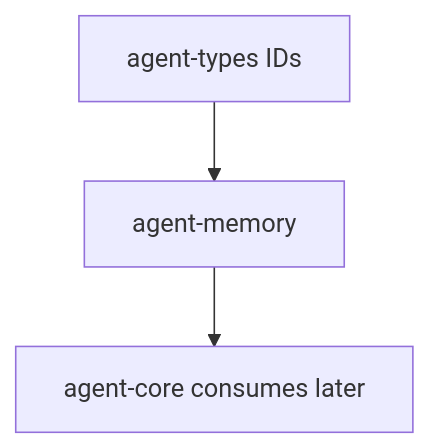
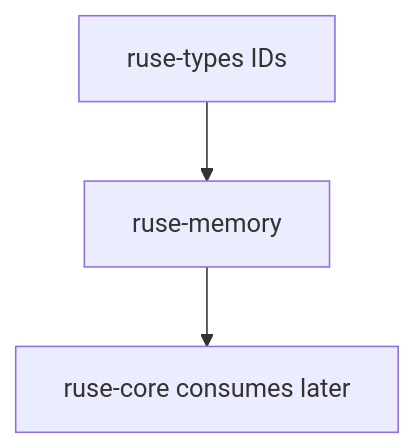
The diagram in docs/specs/M05-04-conversation-memory.spec.md (poneding/agent), drawn with Mermaid before and after one commit. The commit also changed other lines of this file and 2091 other files, not shown here.

First line of the commit message:
refactor: rename agent branding to ruse

````diff
--- a/docs/specs/M05-04-conversation-memory.spec.md
+++ b/docs/specs/M05-04-conversation-memory.spec.md
@@ -31,5 +31,5 @@
 ```mermaid
 flowchart TD
-  agent_types["agent-types IDs"] --> agent_memory["agent-memory"]
-  agent_memory --> agent_core["agent-core consumes later"]
+  ruse_types["ruse-types IDs"] --> ruse_memory["ruse-memory"]
+  ruse_memory --> ruse_core["ruse-core consumes later"]
 ```
````
